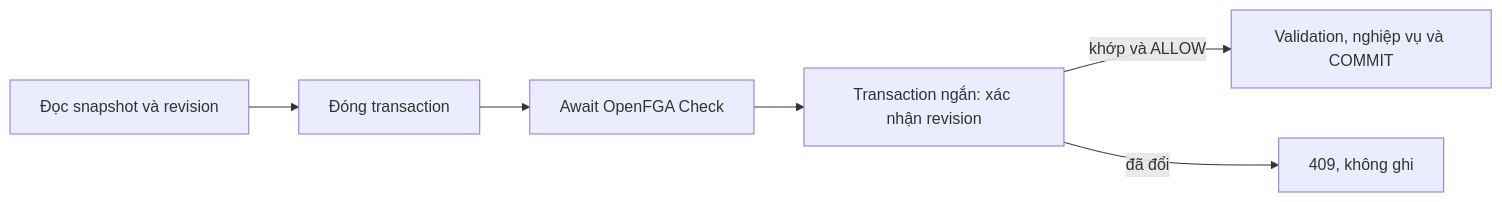
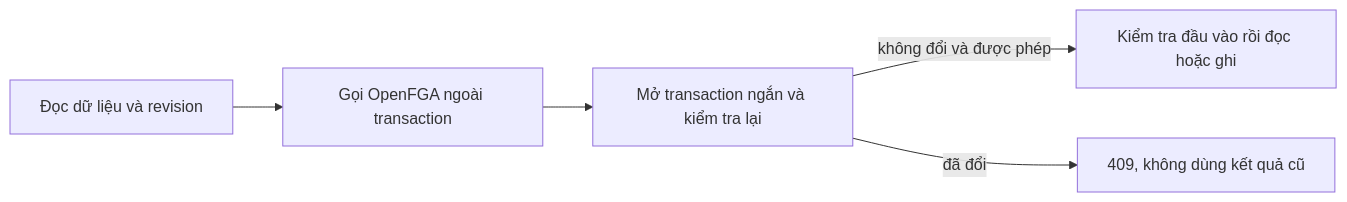
One commit to giabao1509/AdvanceWeb_Assigment changed the fourth of 4 diagrams in report.md. Above: the diagram before and after it, drawn with Mermaid. The commit also changed other lines of this file and 5 other files, not shown here.

````diff
--- a/report.md
+++ b/report.md
@@ -118,8 +130,7 @@
 ```mermaid
 flowchart LR
-  A[Đọc snapshot và revision] --> B[Đóng transaction]
-  B --> C[Await OpenFGA Check]
-  C --> D[Transaction ngắn: xác nhận revision]
-  D -->|khớp và ALLOW| E[Validation, nghiệp vụ và COMMIT]
-  D -->|đã đổi| F[409, không ghi]
+  A[Đọc dữ liệu và revision] --> B[Gọi OpenFGA ngoài transaction]
+  B --> C[Mở transaction ngắn và kiểm tra lại]
+  C -->|không đổi và được phép| D[Kiểm tra đầu vào rồi đọc hoặc ghi]
+  C -->|đã đổi| E[409, không dùng kết quả cũ]
 ```
````
